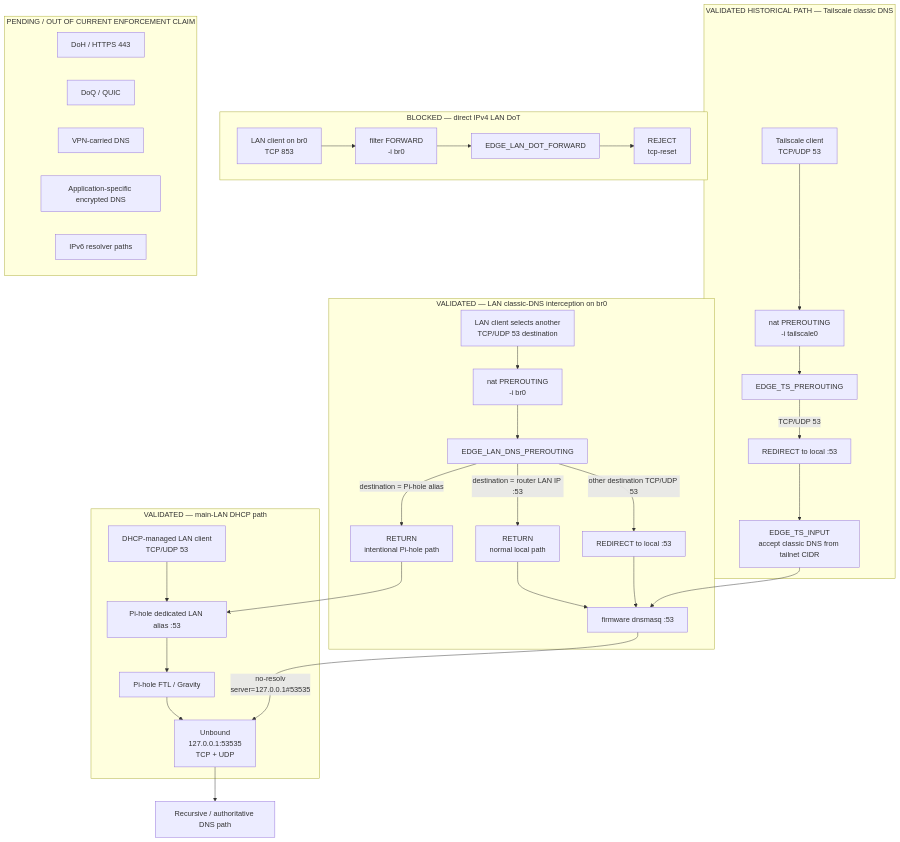
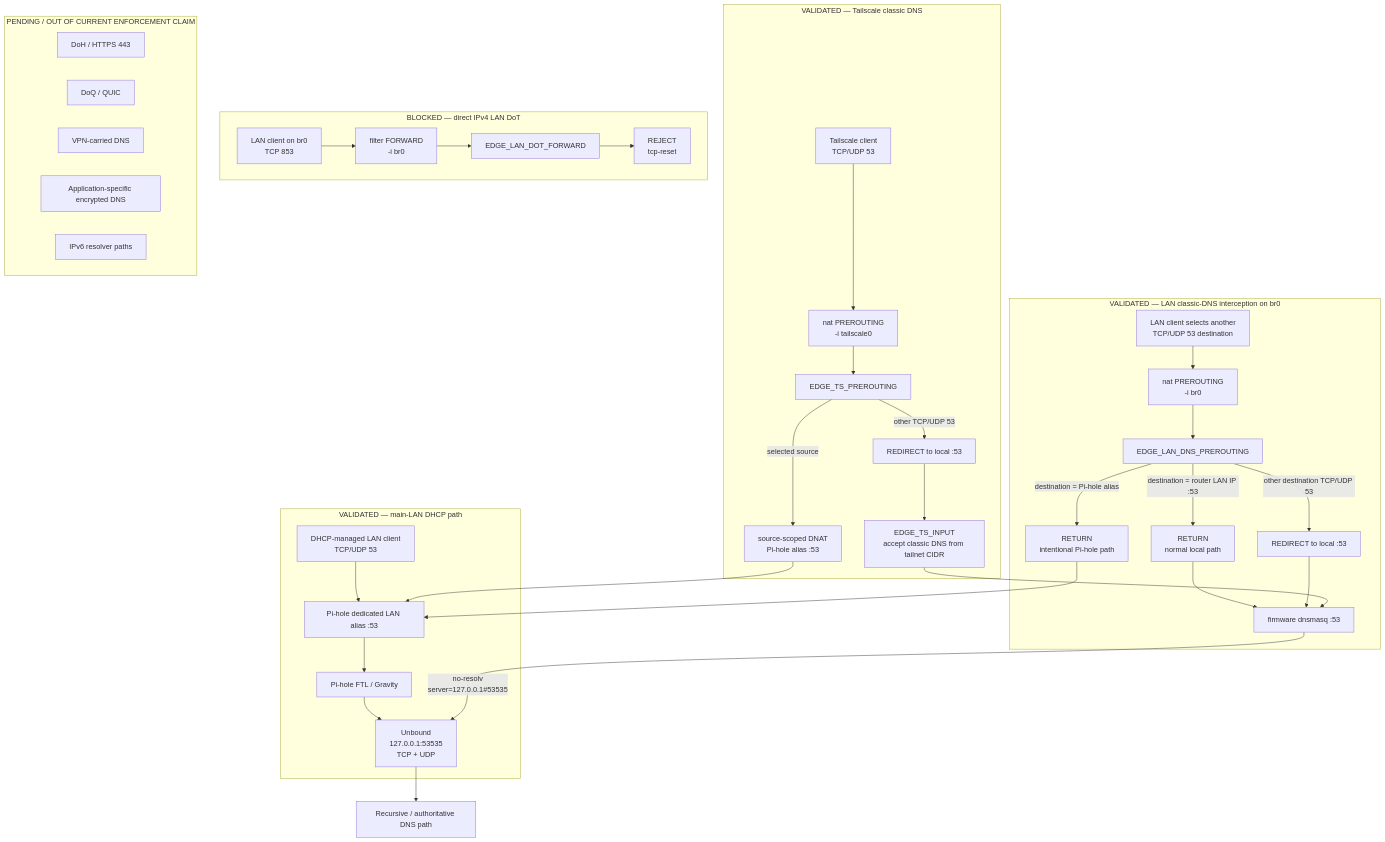
One commit to wojko6/Advanced-ASUS-Edge-Gateway-ZTNA-Infrastructure changed the diagram in docs/architecture/dns-enforcement-flow.md. Above: the diagram before and after it, drawn with Mermaid. The commit also changed other lines of this file and 5 other files, not shown here.

````diff
--- a/docs/architecture/dns-enforcement-flow.md
+++ b/docs/architecture/dns-enforcement-flow.md
@@ -11,44 +11,46 @@
 ```mermaid
 flowchart TD
     subgraph DHCP["VALIDATED — main-LAN DHCP path"]
         L["DHCP-managed LAN client<br/>TCP/UDP 53"] --> PIP["Pi-hole dedicated LAN alias :53"]
         PIP --> PH["Pi-hole FTL / Gravity"]
         PH --> U["Unbound<br/>127.0.0.1:53535<br/>TCP + UDP"]
     end
 
     subgraph LAN["VALIDATED — LAN classic-DNS interception on br0"]
         E["LAN client selects another<br/>TCP/UDP 53 destination"] --> LP["nat PREROUTING<br/>-i br0"]
         LP --> LC["EDGE_LAN_DNS_PREROUTING"]
         LC -->|"destination = Pi-hole alias"| PB["RETURN<br/>intentional Pi-hole path"]
         PB --> PIP
         LC -->|"destination = router LAN IP :53"| LR["RETURN<br/>normal local path"]
         LC -->|"other destination TCP/UDP 53"| LX["REDIRECT to local :53"]
         LR --> D["firmware dnsmasq :53"]
         LX --> D
         D -->|"no-resolv<br/>server=127.0.0.1#53535"| U
     end
 
-    subgraph TS["VALIDATED HISTORICAL PATH — Tailscale classic DNS"]
+    subgraph TS["VALIDATED — Tailscale classic DNS"]
         T["Tailscale client<br/>TCP/UDP 53"] --> TP["nat PREROUTING<br/>-i tailscale0"]
         TP --> TC["EDGE_TS_PREROUTING"]
-        TC -->|"TCP/UDP 53"| TX["REDIRECT to local :53"]
+        TC -->|"selected source"| TD["source-scoped DNAT<br/>Pi-hole alias :53"]
+        TD --> PIP
+        TC -->|"other TCP/UDP 53"| TX["REDIRECT to local :53"]
         TX --> TI["EDGE_TS_INPUT<br/>accept classic DNS from tailnet CIDR"]
         TI --> D
     end
 
     U --> R["Recursive / authoritative DNS path"]
 
     subgraph DOT["BLOCKED — direct IPv4 LAN DoT"]
         DL["LAN client on br0<br/>TCP 853"] --> DF["filter FORWARD<br/>-i br0"]
         DF --> DC["EDGE_LAN_DOT_FORWARD"]
         DC --> DR["REJECT<br/>tcp-reset"]
     end
 
     subgraph OUT["PENDING / OUT OF CURRENT ENFORCEMENT CLAIM"]
         H["DoH / HTTPS 443"]
         Q["DoQ / QUIC"]
         V["VPN-carried DNS"]
         A["Application-specific encrypted DNS"]
         I6["IPv6 resolver paths"]
     end
 ```
````
